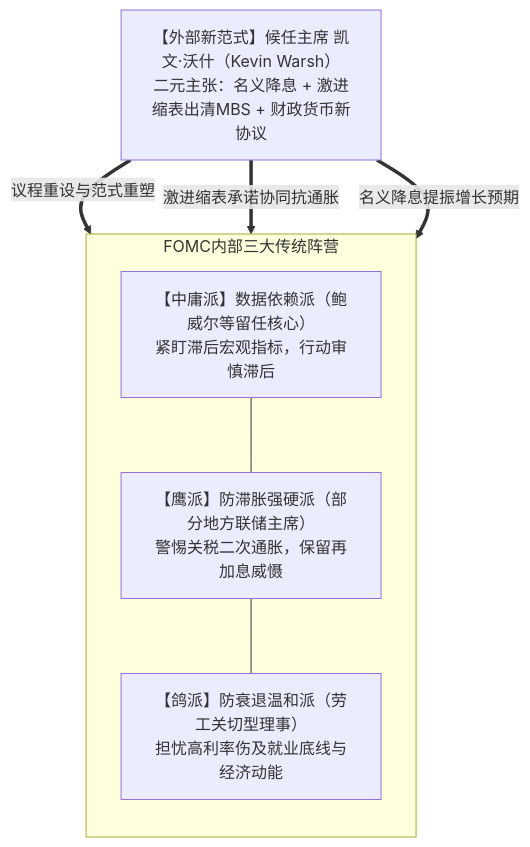
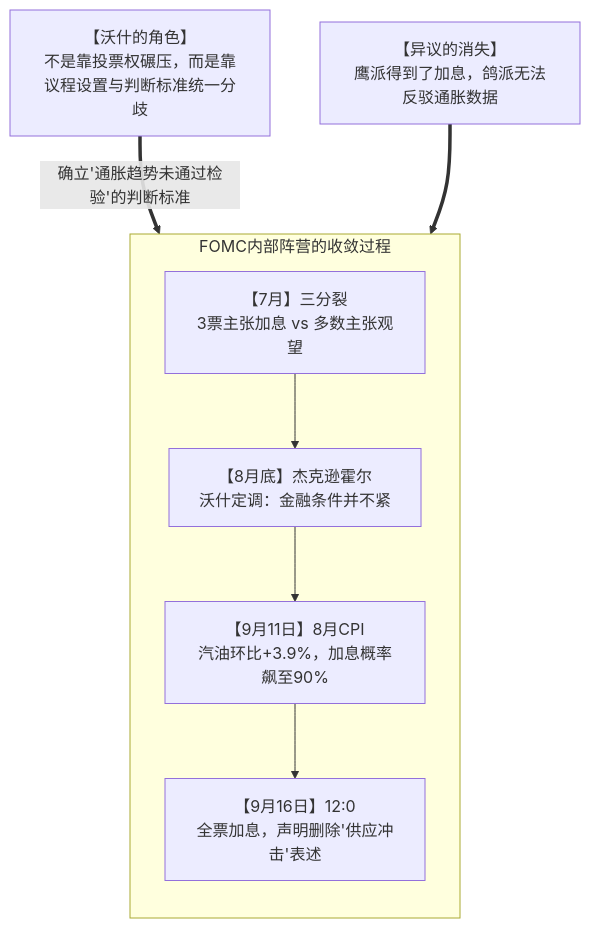
Before and after one commit to RubberTale/RubberTale.github.io: the second of 3 diagrams in source/_posts/美联储的加息问题.md, drawn with Mermaid. The commit also changed other lines of this file, not shown here.

Commit message:
post: 美联储加息文补齐配图（CPI/点阵图/失业率/封面）并修正分类

````diff
--- a/source/_posts/美联储的加息问题.md
+++ b/source/_posts/美联储的加息问题.md
@@ -135,17 +180,19 @@
 ```mermaid
 flowchart TD
-    subgraph FOMC["FOMC内部三大传统阵营"]
+    subgraph FOMC["FOMC内部阵营的收敛过程"]
         direction TB
-        A["【中庸派】数据依赖派（鲍威尔等留任核心）<br/>紧盯滞后宏观指标，行动审慎滞后"]
-        B["【鹰派】防滞胀强硬派（部分地方联储主席）<br/>警惕关税二次通胀，保留再加息威慑"]
-        C["【鸽派】防衰退温和派（劳工关切型理事）<br/>担忧高利率伤及就业底线与经济动能"]
-        A --- B
-        B --- C
+        A["【7月】三分裂<br/>3票主张加息 vs 多数主张观望"]
+        B["【8月底】杰克逊霍尔<br/>沃什定调：金融条件并不紧"]
+        C["【9月11日】8月CPI<br/>汽油环比+3.9%，加息概率飙至90%"]
+        D["【9月16日】12:0<br/>全票加息，声明删除'供应冲击'表述"]
+        A --> B
+        B --> C
+        C --> D
     end
 
-    D["【外部新范式】候任主席 凯文·沃什（Kevin Warsh）<br/>二元主张：名义降息 + 激进缩表出清MBS + 财政货币新协议"]
+    E["【沃什的角色】<br/>不是靠投票权碾压，而是靠议程设置与判断标准统一分歧"]
 
-    D ==>|议程重设与范式重塑| A
-    D ==>|激进缩表承诺协同抗通胀| B
-    D ==>|名义降息提振增长预期| C
+    E ==>|"确立'通胀趋势未通过检验'的判断标准"| D
+    F["【异议的消失】<br/>鹰派得到了加息，鸽派无法反驳通胀数据"]
+    F ==> D
 ```
````
